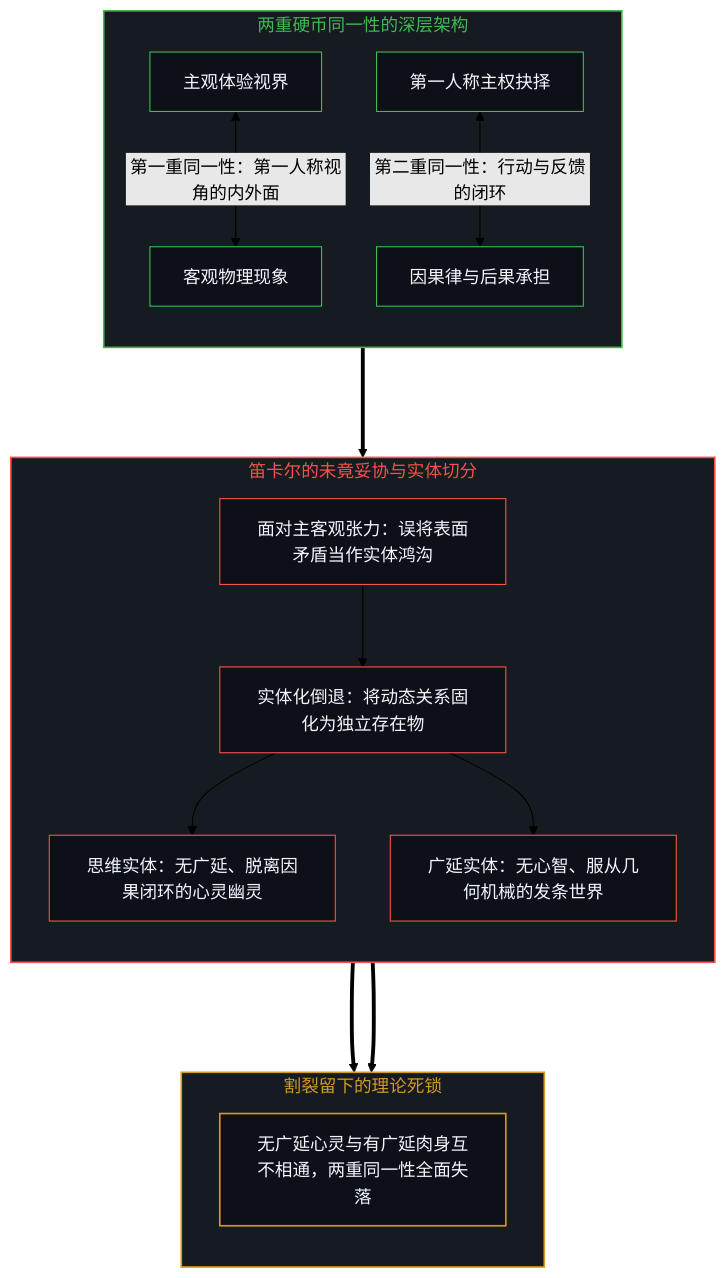
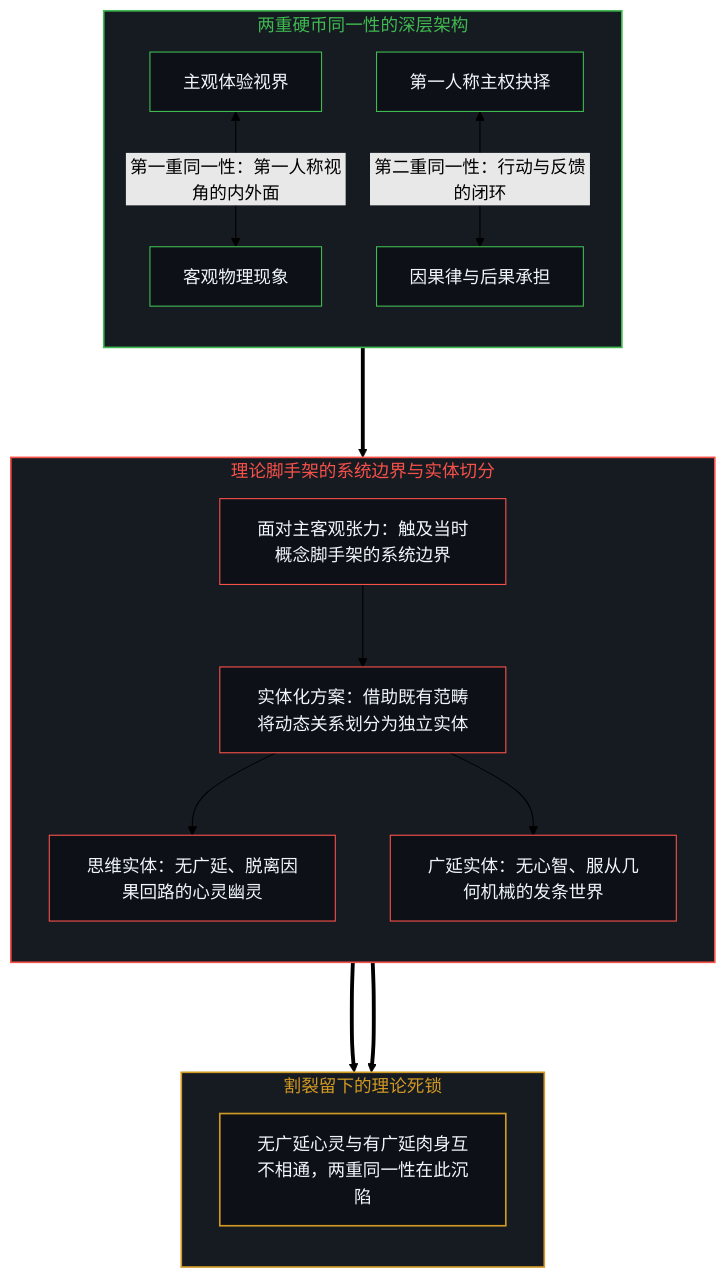
Before and after one commit to powerpig99/not-a-toe: the third of 10 diagrams in content/posts/the-cartesian-overstep-and-the-frenzy-of-creation.md, drawn with Mermaid (forest theme). The commit also changed other lines of this file and 3 other files, not shown here.

````diff
--- a/content/posts/the-cartesian-overstep-and-the-frenzy-of-creation.md
+++ b/content/posts/the-cartesian-overstep-and-the-frenzy-of-creation.md
@@ -96,36 +96,36 @@
 ```mermaid
 graph TD
     subgraph S_DualityLost ["两重硬币同一性的深层架构"]
         direction TB
         C1_Subject["主观体验视界"] <-->|"第一重同一性：第一人称视角的内外面"| C1_Object["客观物理现象"]
         C2_FirstPerson["第一人称主权抉择"] <-->|"第二重同一性：行动与反馈的闭环"| C2_Causality["因果律与后果承担"]
     end
 
-    subgraph S_CartesianRetreat ["笛卡尔的未竟妥协与实体切分"]
+    subgraph S_CartesianScaffolding ["理论脚手架的系统边界与实体切分"]
         direction TB
-        R_Surface["面对主客观张力：误将表面矛盾当作实体鸿沟"] --> R_Reify["实体化倒退：将动态关系固化为独立存在物"]
-        R_Reify --> R_Cogitans["思维实体：无广延、脱离因果闭环的心灵幽灵"]
+        R_Surface["面对主客观张力：触及当时概念脚手架的系统边界"] --> R_Reify["实体化方案：借助既有范畴将动态关系划分为独立实体"]
+        R_Reify --> R_Cogitans["思维实体：无广延、脱离因果回路的心灵幽灵"]
         R_Reify --> R_Extensa["广延实体：无心智、服从几何机械的发条世界"]
     end
 
     subgraph S_FracturedVoid ["割裂留下的理论死锁"]
         direction TB
-        F_Deadlock["无广延心灵与有广延肉身互不相通，两重同一性全面失落"]
+        F_Deadlock["无广延心灵与有广延肉身互不相通，两重同一性在此沉陷"]
     end
 
     C2_Causality ===> R_Surface
     R_Cogitans & R_Extensa ===> F_Deadlock
 
     style S_DualityLost fill:#161b22,stroke:#3fb950,stroke-width:1.5px,color:#3fb950
-    style S_CartesianRetreat fill:#161b22,stroke:#f85149,stroke-width:1.5px,color:#f85149
+    style S_CartesianScaffolding fill:#161b22,stroke:#f85149,stroke-width:1.5px,color:#f85149
     style S_FracturedVoid fill:#161b22,stroke:#d29922,stroke-width:1.5px,color:#d29922
     style C1_Subject fill:#0d1117,stroke:#3fb950,stroke-width:1px,color:#f0f6fc
     style C1_Object fill:#0d1117,stroke:#3fb950,stroke-width:1px,color:#f0f6fc
     style C2_FirstPerson fill:#0d1117,stroke:#3fb950,stroke-width:1px,color:#f0f6fc
     style C2_Causality fill:#0d1117,stroke:#3fb950,stroke-width:1px,color:#f0f6fc
     style R_Surface fill:#0d1117,stroke:#f85149,stroke-width:1px,color:#f0f6fc
     style R_Reify fill:#0d1117,stroke:#f85149,stroke-width:1px,color:#f0f6fc
     style R_Cogitans fill:#0d1117,stroke:#f85149,stroke-width:1px,color:#f0f6fc
     style R_Extensa fill:#0d1117,stroke:#f85149,stroke-width:1px,color:#f0f6fc
     style F_Deadlock fill:#0d1117,stroke:#d29922,stroke-width:1.5px,color:#f0f6fc
 ```
````
